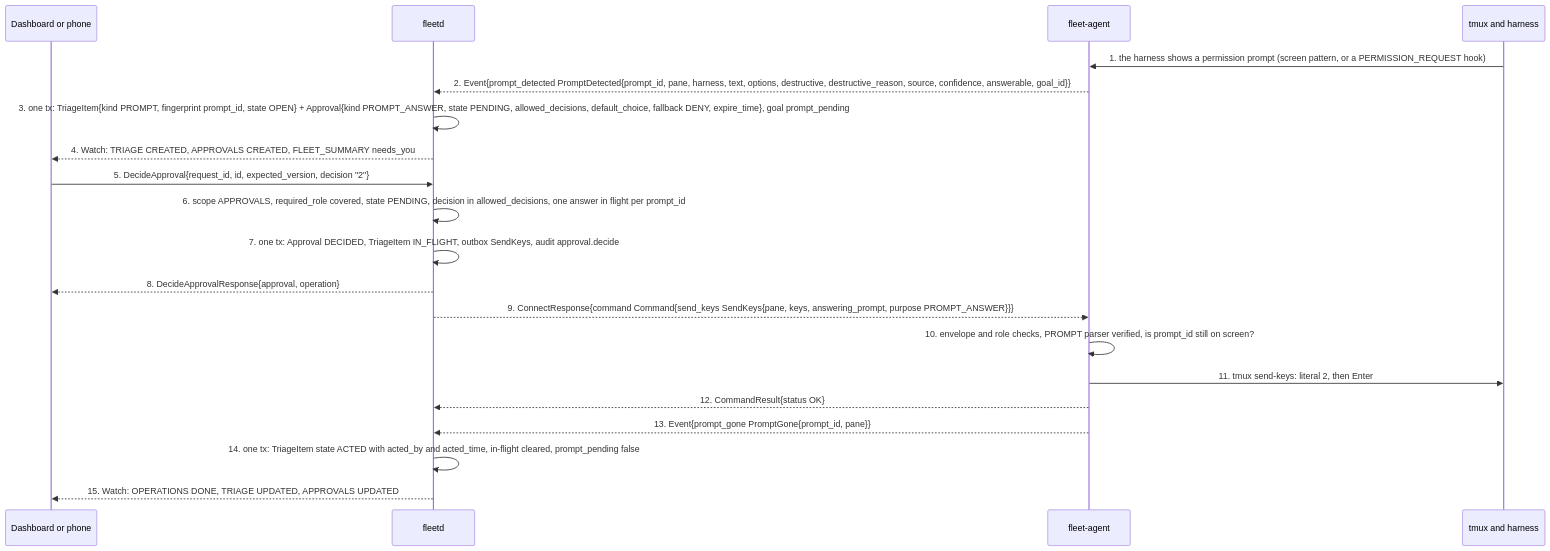
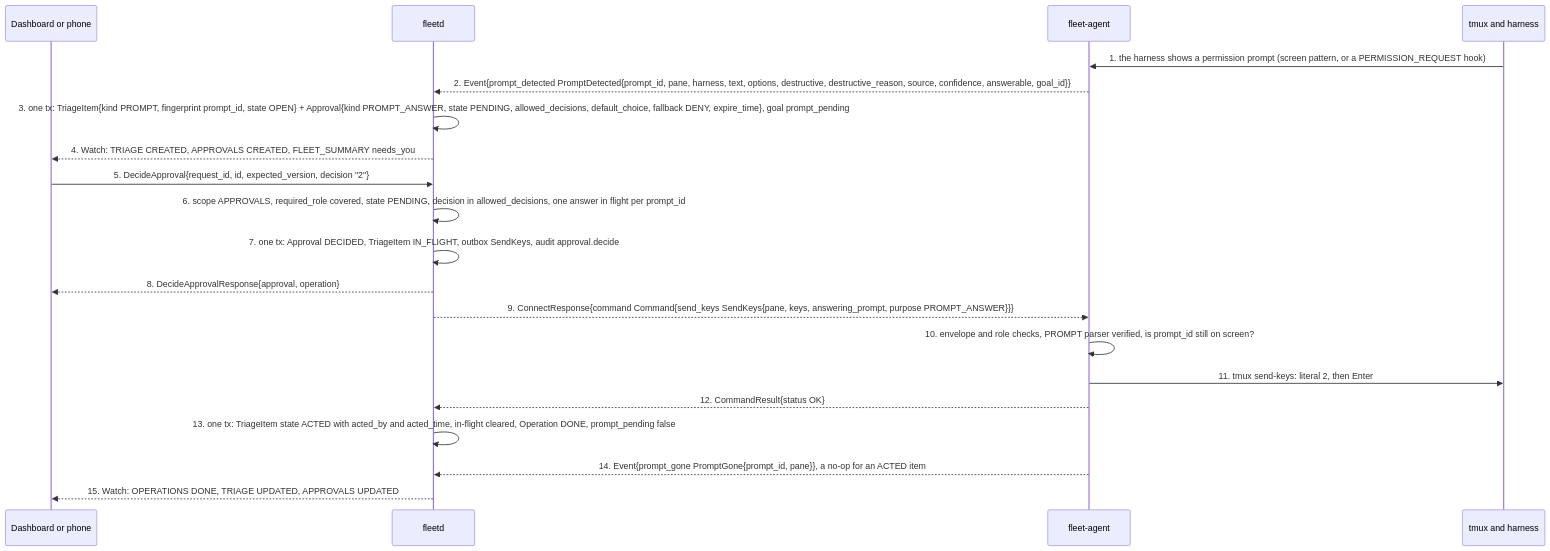
Before and after one commit to linuxdynasty/fleet-board: the sixth of 7 diagrams in docs/flows/dashboard-hub-agent-2.md, drawn with Mermaid. The commit also changed other lines of this file and 48 other files, not shown here.

````diff
--- a/docs/flows/dashboard-hub-agent-2.md
+++ b/docs/flows/dashboard-hub-agent-2.md
@@ -344,22 +344,22 @@
 ```mermaid
 sequenceDiagram
   participant D as Dashboard or phone
   participant H as fleetd
   participant A as fleet-agent
   participant T as tmux and harness
   T->>A: 1. the harness shows a permission prompt (screen pattern, or a PERMISSION_REQUEST hook)
   A-->>H: 2. Event{prompt_detected PromptDetected{prompt_id, pane, harness, text, options, destructive, destructive_reason, source, confidence, answerable, goal_id}}
   H->>H: 3. one tx: TriageItem{kind PROMPT, fingerprint prompt_id, state OPEN} + Approval{kind PROMPT_ANSWER, state PENDING, allowed_decisions, default_choice, fallback DENY, expire_time}, goal prompt_pending
   H-->>D: 4. Watch: TRIAGE CREATED, APPROVALS CREATED, FLEET_SUMMARY needs_you
   D->>H: 5. DecideApproval{request_id, id, expected_version, decision "2"}
   H->>H: 6. scope APPROVALS, required_role covered, state PENDING, decision in allowed_decisions, one answer in flight per prompt_id
   H->>H: 7. one tx: Approval DECIDED, TriageItem IN_FLIGHT, outbox SendKeys, audit approval.decide
   H-->>D: 8. DecideApprovalResponse{approval, operation}
   H-->>A: 9. ConnectResponse{command Command{send_keys SendKeys{pane, keys, answering_prompt, purpose PROMPT_ANSWER}}}
   A->>A: 10. envelope and role checks, PROMPT parser verified, is prompt_id still on screen?
   A->>T: 11. tmux send-keys: literal 2, then Enter
   A-->>H: 12. CommandResult{status OK}
-  A-->>H: 13. Event{prompt_gone PromptGone{prompt_id, pane}}
-  H->>H: 14. one tx: TriageItem state ACTED with acted_by and acted_time, in-flight cleared, prompt_pending false
+  H->>H: 13. one tx: TriageItem state ACTED with acted_by and acted_time, in-flight cleared, Operation DONE, prompt_pending false
+  A-->>H: 14. Event{prompt_gone PromptGone{prompt_id, pane}}, a no-op for an ACTED item
   H-->>D: 15. Watch: OPERATIONS DONE, TRIAGE UPDATED, APPROVALS UPDATED
 ```
````
